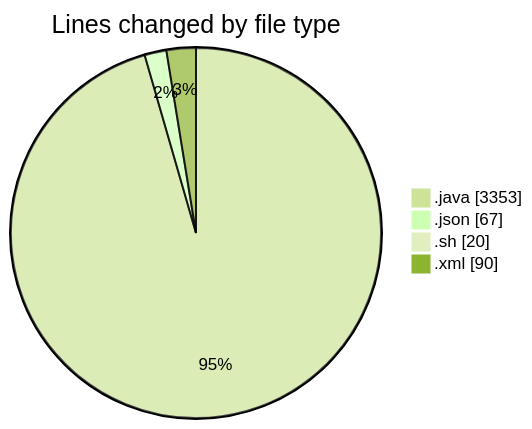
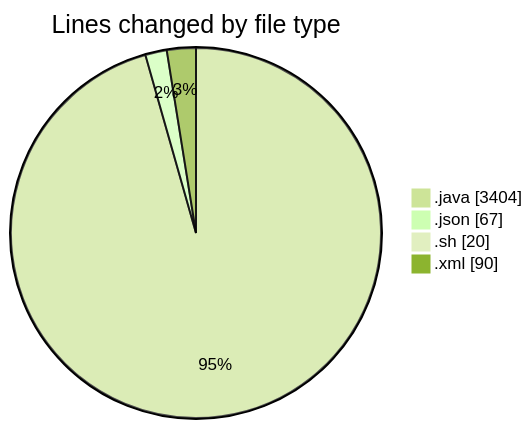
Before and after one commit to charlie-sans/code-tracking: the first of 2 diagrams in 2025-02-23/micros/README.md, drawn with Mermaid (forest theme). The commit also changed other lines of this file and 1 other file, not shown here.

````diff
--- a/2025-02-23/micros/README.md
+++ b/2025-02-23/micros/README.md
@@ -44,8 +44,8 @@
 ```mermaid
 pie showData
 title Lines changed by file type
-".java" : 3353
+".java" : 3404
 ".json" : 67
 ".sh" : 20
 ".xml" : 90
 ```
````
